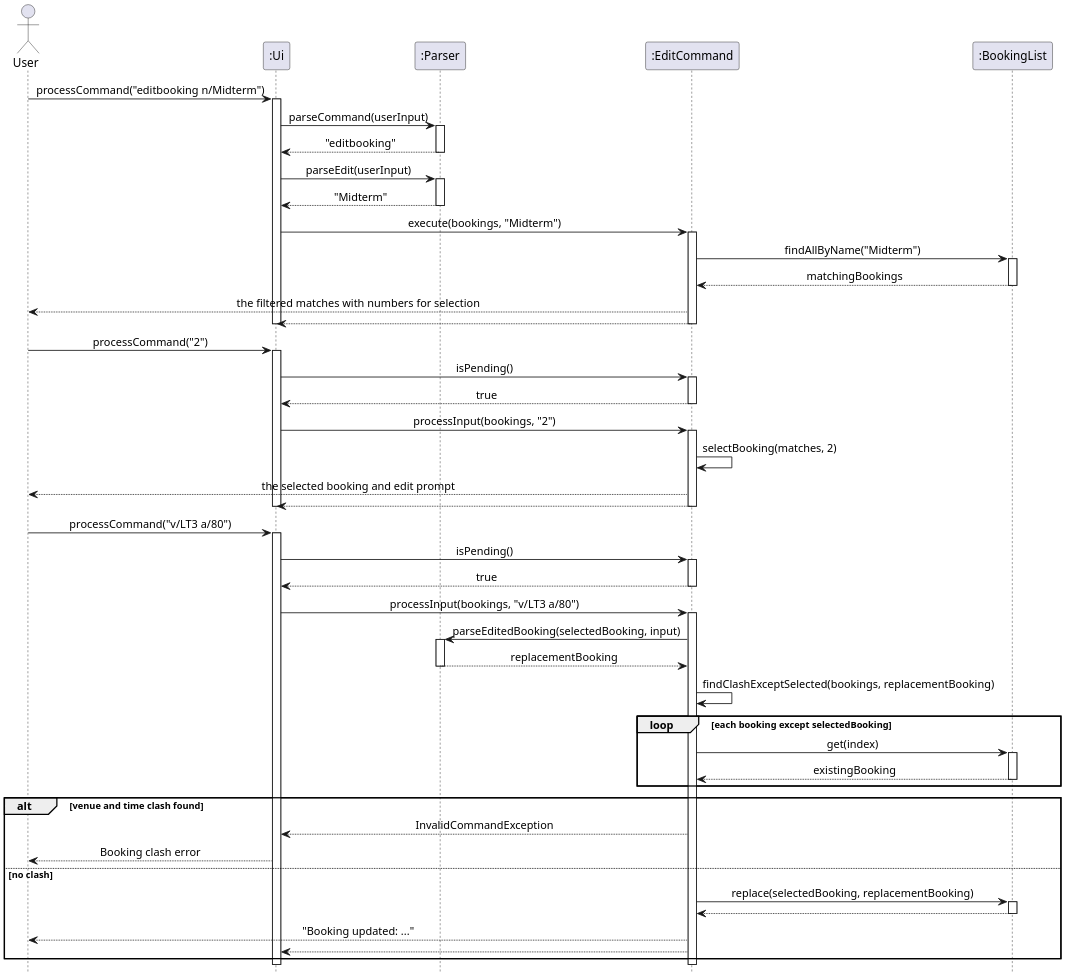
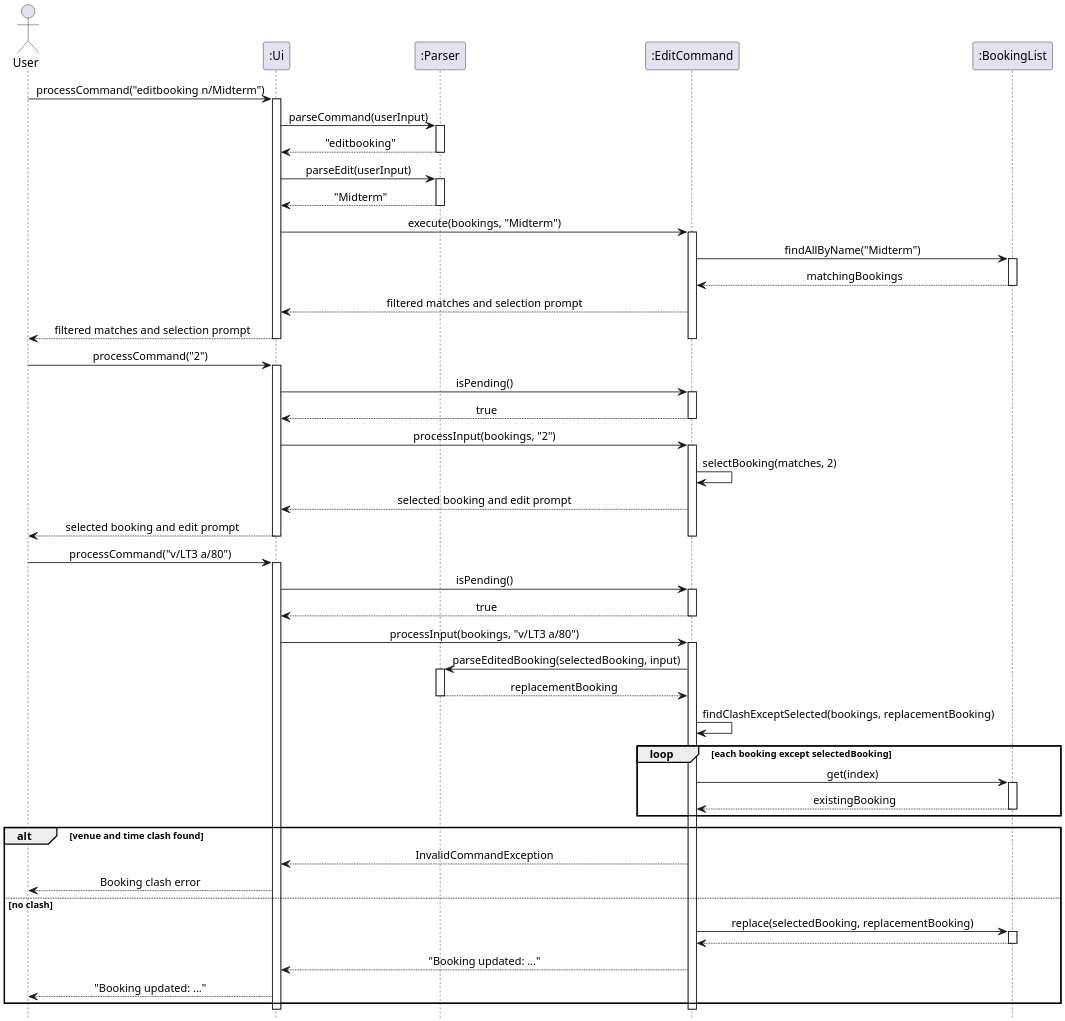
Before and after one commit to AY2627S1-CS2113-W14-2/tp: the diagram in docs/UMLDiagrams/EditBookingSequenceDiagram.puml, drawn with PlantUML. The commit also changed 9 other files, not shown here.

```diff
--- a/docs/UMLDiagrams/EditBookingSequenceDiagram.puml
+++ b/docs/UMLDiagrams/EditBookingSequenceDiagram.puml
@@ -1,86 +1,86 @@
 @startuml
 scale 2
 skinparam sequenceMessageAlign center
 hide footbox
 
 actor User
 participant ":Ui" as UI
 participant ":Parser" as Parser
 participant ":EditCommand" as Edit
 participant ":BookingList" as Bookings
 
 User -> UI: processCommand("editbooking n/Midterm")
 activate UI
 UI -> Parser: parseCommand(userInput)
 activate Parser
 Parser --> UI: "editbooking"
 deactivate Parser
 
 UI -> Parser: parseEdit(userInput)
 activate Parser
 Parser --> UI: "Midterm"
 deactivate Parser
 
 UI -> Edit: execute(bookings, "Midterm")
 activate Edit
 Edit -> Bookings: findAllByName("Midterm")
 activate Bookings
 Bookings --> Edit: matchingBookings
 deactivate Bookings
-Edit --> User: the filtered matches with numbers for selection
-Edit --> UI
+Edit --> UI: filtered matches and selection prompt
+UI --> User: filtered matches and selection prompt
 deactivate Edit
 deactivate UI
 
 User -> UI: processCommand("2")
 activate UI
 UI -> Edit: isPending()
 activate Edit
 Edit --> UI: true
 deactivate Edit
 UI -> Edit: processInput(bookings, "2")
 activate Edit
 Edit -> Edit: selectBooking(matches, 2)
-Edit --> User: the selected booking and edit prompt
-Edit --> UI
+Edit --> UI: selected booking and edit prompt
+UI --> User: selected booking and edit prompt
 deactivate Edit
 deactivate UI
 
 User -> UI: processCommand("v/LT3 a/80")
 activate UI
 UI -> Edit: isPending()
 activate Edit
 Edit --> UI: true
 deactivate Edit
 UI -> Edit: processInput(bookings, "v/LT3 a/80")
 activate Edit
 
 Edit -> Parser: parseEditedBooking(selectedBooking, input)
 activate Parser
 Parser --> Edit: replacementBooking
 deactivate Parser
 
 Edit -> Edit: findClashExceptSelected(bookings, replacementBooking)
 loop each booking except selectedBooking
     Edit -> Bookings: get(index)
     activate Bookings
     Bookings --> Edit: existingBooking
     deactivate Bookings
 end
 
 alt venue and time clash found
     Edit --> UI: InvalidCommandException
     UI --> User: Booking clash error
 else no clash
     Edit -> Bookings: replace(selectedBooking, replacementBooking)
     activate Bookings
     Bookings --> Edit
     deactivate Bookings
-    Edit --> User: "Booking updated: ..."
-    Edit --> UI
+    Edit --> UI: "Booking updated: ..."
+    UI --> User: "Booking updated: ..."
 end
 
 deactivate Edit
 deactivate UI
 
 @enduml
```
